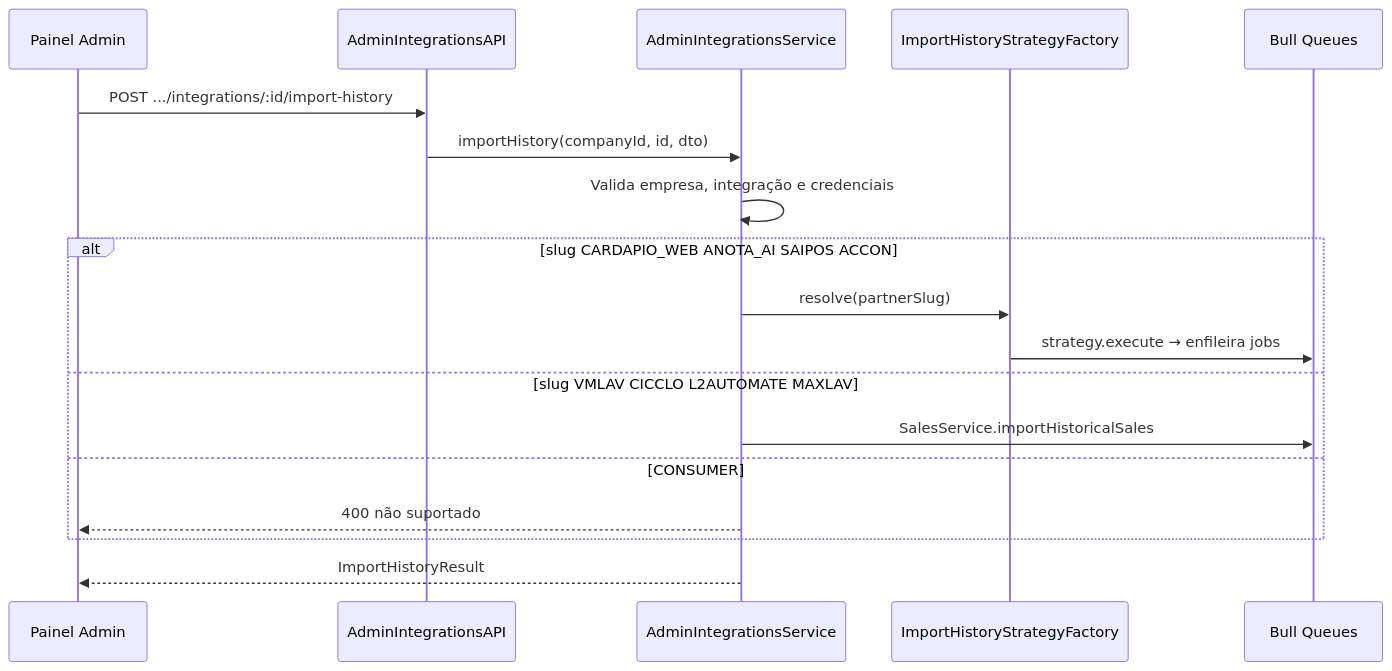
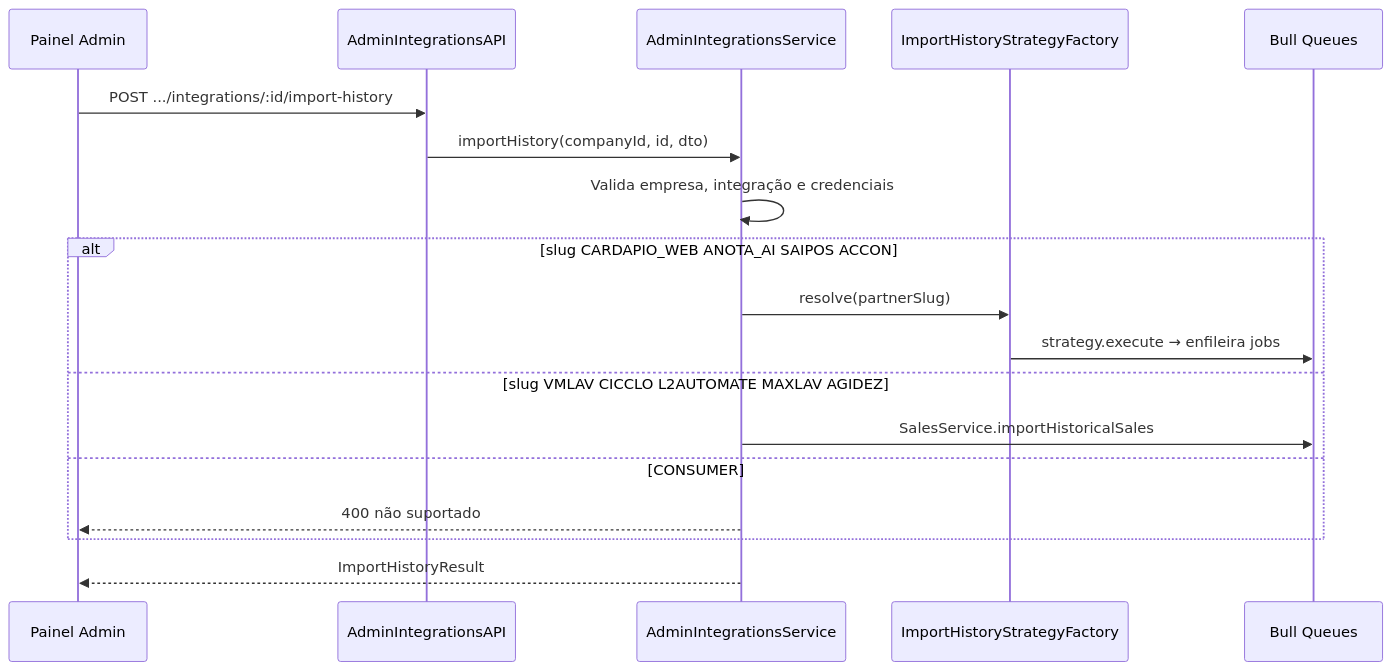
Before and after one commit to andreysuprano/lavperform: the diagram in apps/api-lavperform/src/admin/integrations/implementation.md, drawn with Mermaid. The commit also changed other lines of this file and 19 other files, not shown here.

````diff
--- a/apps/api-lavperform/src/admin/integrations/implementation.md
+++ b/apps/api-lavperform/src/admin/integrations/implementation.md
@@ -472,21 +474,21 @@
 ```mermaid
 sequenceDiagram
   participant Admin as Painel Admin
   participant API as AdminIntegrationsAPI
   participant Svc as AdminIntegrationsService
   participant Factory as ImportHistoryStrategyFactory
   participant Queue as Bull Queues
 
   Admin->>API: POST .../integrations/:id/import-history
   API->>Svc: importHistory(companyId, id, dto)
   Svc->>Svc: Valida empresa, integração e credenciais
   alt slug CARDAPIO_WEB ANOTA_AI SAIPOS ACCON
     Svc->>Factory: resolve(partnerSlug)
     Factory->>Queue: strategy.execute → enfileira jobs
-  else slug VMLAV CICCLO L2AUTOMATE MAXLAV
+  else slug VMLAV CICCLO L2AUTOMATE MAXLAV AGIDEZ
     Svc->>Queue: SalesService.importHistoricalSales
   else CONSUMER
     Svc-->>Admin: 400 não suportado
   end
   Svc-->>Admin: ImportHistoryResult
 ```
````
